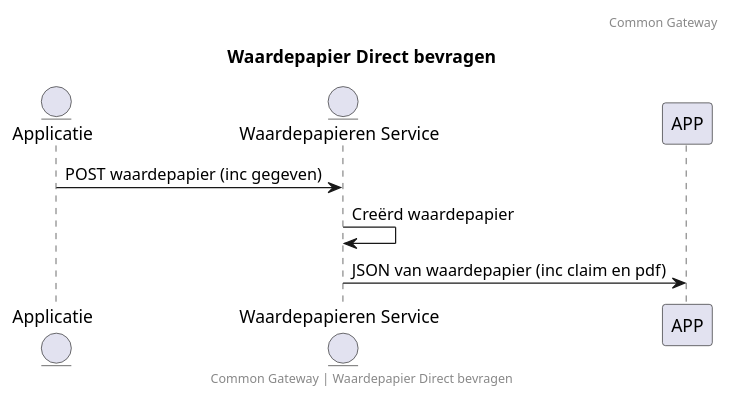
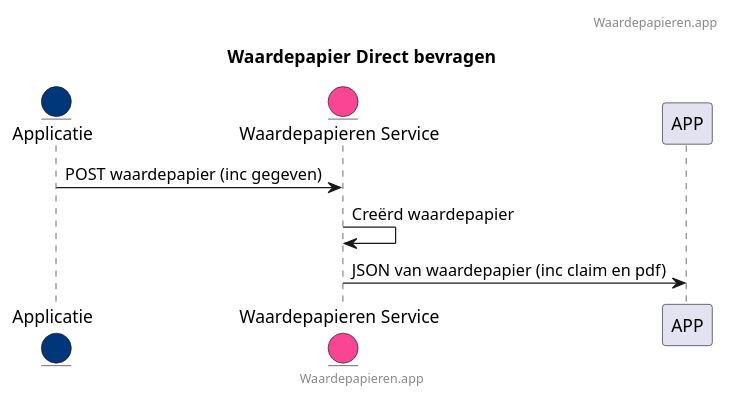
The diagram in docs/direct_waardepapier.puml (CommonGateway/WaardepapierenBundle), drawn with PlantUML before and after one commit. The commit also changed 8 other files, not shown here.

```diff
--- a/docs/direct_waardepapier.puml
+++ b/docs/direct_waardepapier.puml
@@ -1,13 +1,14 @@
 @startuml
 title: Waardepapier Direct bevragen
-footer: Common Gateway | Waardepapier Direct bevragen
-header: Common Gateway
+footer: Waardepapieren.app
+header: Waardepapieren.app
+skinparam backgroundColor transparent
 
-entity "Applicatie" as app
-entity "Waardepapieren Service" as WP
+entity "Applicatie" as app #00377a
+entity "Waardepapieren Service" as WP #fa4494
 
 app -> WP: POST waardepapier (inc gegeven)
 WP -> WP: Creërd waardepapier
 WP -> APP: JSON van waardepapier (inc claim en pdf)
 
 @enduml
```
